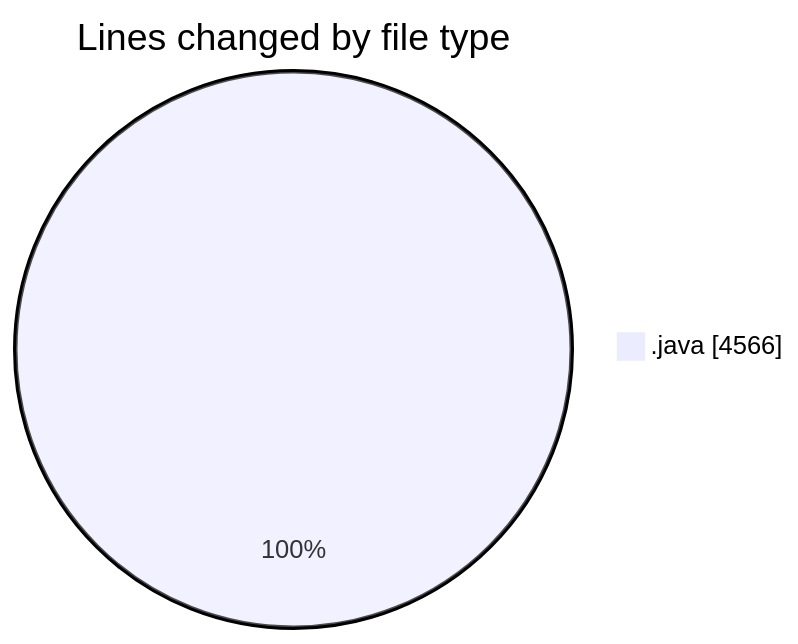
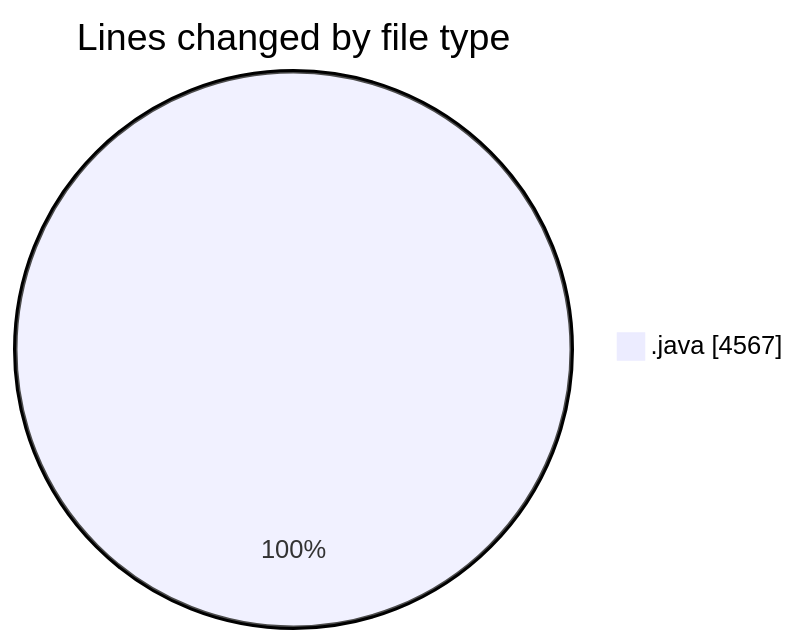
The first of 2 diagrams in 2026-03-27/cilapp/README.md (ricardozamudiocil/code-tracking), drawn with Mermaid before and after one commit. The commit also changed other lines of this file and 1 other file, not shown here.

````diff
--- a/2026-03-27/cilapp/README.md
+++ b/2026-03-27/cilapp/README.md
@@ -21,5 +21,5 @@
 ```mermaid
 pie showData
 title Lines changed by file type
-".java" : 4566
+".java" : 4567
 ```
````
